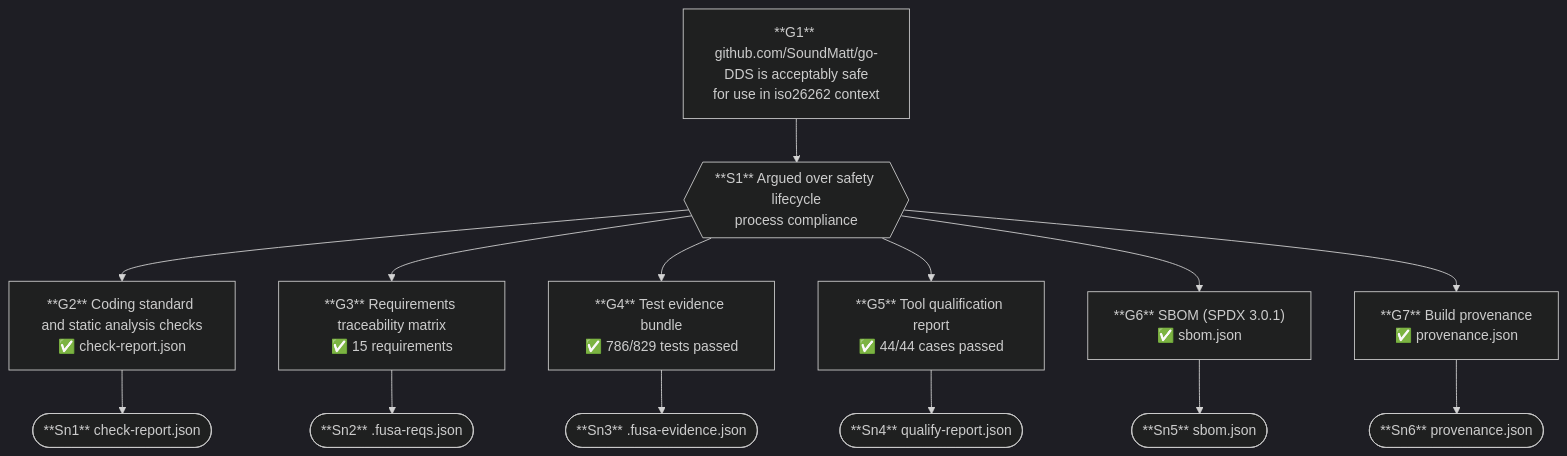
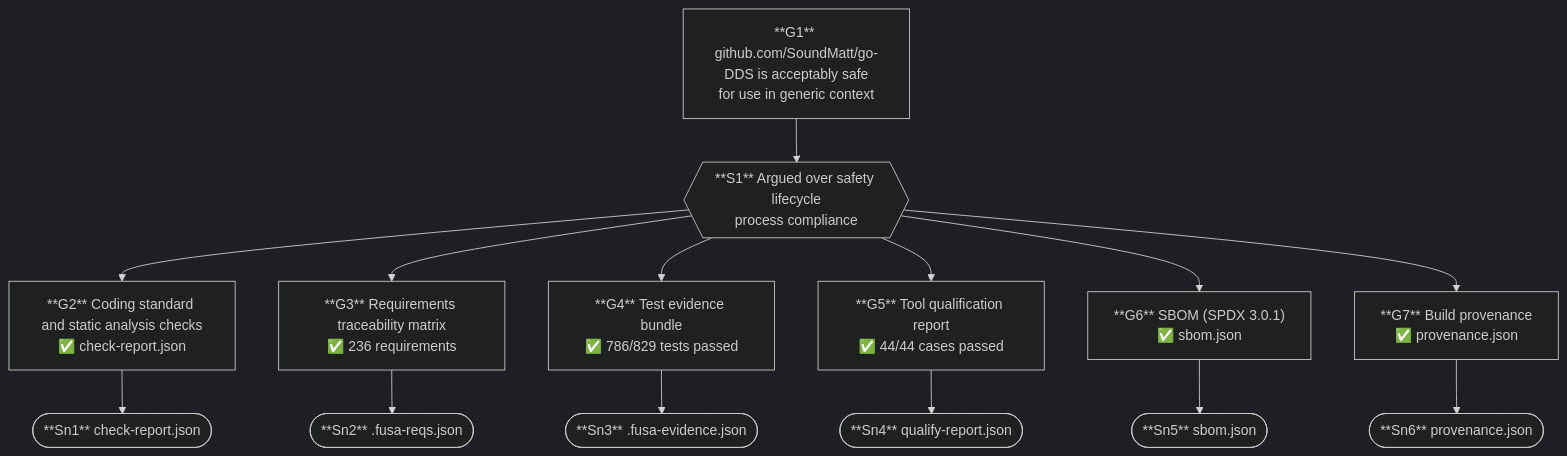
One commit to SoundMatt/go-DDS changed the diagram in safety-case.mermaid. Above: the diagram before and after it, drawn with Mermaid (dark theme). The commit also changed 70 other files, not shown here.

```diff
--- a/safety-case.mermaid
+++ b/safety-case.mermaid
@@ -1,28 +1,28 @@
 flowchart TD
-    G1["**G1** github.com/SoundMatt/go-DDS is acceptably safe\nfor use in iso26262 context"]
+    G1["**G1** github.com/SoundMatt/go-DDS is acceptably safe\nfor use in generic context"]
     S1{{"**S1** Argued over safety lifecycle\nprocess compliance"}}
     G2["**G2** Coding standard and static analysis checks\n✅ check-report.json"]
     Sn1(["**Sn1** check-report.json"])
-    G3["**G3** Requirements traceability matrix\n✅ 15 requirements"]
+    G3["**G3** Requirements traceability matrix\n✅ 236 requirements"]
     Sn2(["**Sn2** .fusa-reqs.json"])
     G4["**G4** Test evidence bundle\n✅ 786/829 tests passed"]
     Sn3(["**Sn3** .fusa-evidence.json"])
     G5["**G5** Tool qualification report\n✅ 44/44 cases passed"]
     Sn4(["**Sn4** qualify-report.json"])
     G6["**G6** SBOM (SPDX 3.0.1)\n✅ sbom.json"]
     Sn5(["**Sn5** sbom.json"])
     G7["**G7** Build provenance\n✅ provenance.json"]
     Sn6(["**Sn6** provenance.json"])
     G1 --> S1
     S1 --> G2
     S1 --> G3
     S1 --> G4
     S1 --> G5
     S1 --> G6
     S1 --> G7
     G2 --> Sn1
     G3 --> Sn2
     G4 --> Sn3
     G5 --> Sn4
     G6 --> Sn5
     G7 --> Sn6
```
